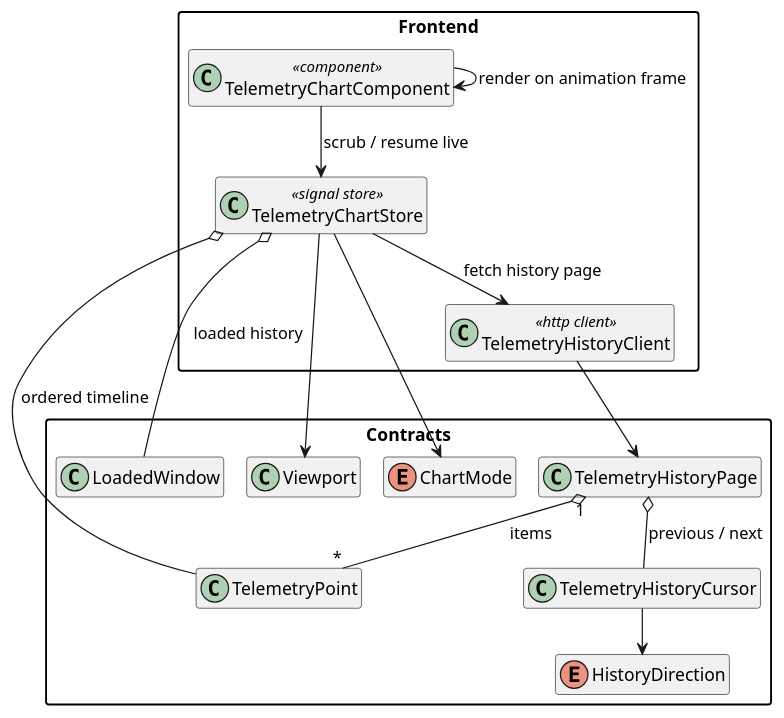
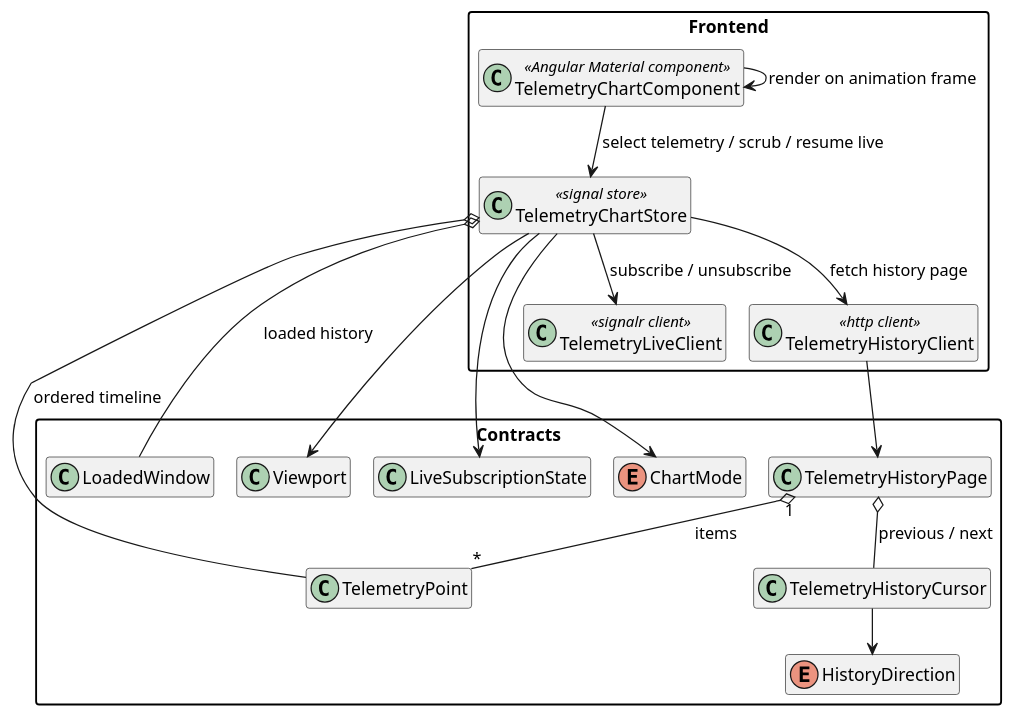
One commit to QuinntyneBrown/open-mct-real-time-and-historical-telemetry-visualization changed the diagram in docs/diagrams/historical-telemetry-retrieval-class.puml. Above: the diagram before and after it, drawn with PlantUML. The commit also changed 9 other files, not shown here.

```diff
--- a/docs/diagrams/historical-telemetry-retrieval-class.puml
+++ b/docs/diagrams/historical-telemetry-retrieval-class.puml
@@ -1,34 +1,38 @@
 @startuml
 !pragma layout smetana
 hide empty members
 skinparam classAttributeIconSize 0
 skinparam packageStyle rectangle
 
 package "Frontend" {
-  class TelemetryChartComponent <<component>>
+  class TelemetryChartComponent <<Angular Material component>>
   class TelemetryChartStore <<signal store>>
+  class TelemetryLiveClient <<signalr client>>
   class TelemetryHistoryClient <<http client>>
 }
 
 package "Contracts" {
   class TelemetryPoint
   class TelemetryHistoryCursor
   class TelemetryHistoryPage
   class LoadedWindow
   class Viewport
+  class LiveSubscriptionState
   enum ChartMode
   enum HistoryDirection
 }
 
-TelemetryChartComponent --> TelemetryChartStore : scrub / resume live
+TelemetryChartComponent --> TelemetryChartStore : select telemetry / scrub / resume live
 TelemetryChartComponent --> TelemetryChartComponent : render on animation frame
+TelemetryChartStore --> TelemetryLiveClient : subscribe / unsubscribe
 TelemetryChartStore --> TelemetryHistoryClient : fetch history page
 TelemetryChartStore o-- TelemetryPoint : ordered timeline
 TelemetryChartStore o-- LoadedWindow : loaded history
+TelemetryChartStore --> LiveSubscriptionState
 TelemetryChartStore --> Viewport
 TelemetryChartStore --> ChartMode
 TelemetryHistoryClient --> TelemetryHistoryPage
 TelemetryHistoryPage o-- TelemetryHistoryCursor : previous / next
 TelemetryHistoryPage "1" o-- "*" TelemetryPoint : items
 TelemetryHistoryCursor --> HistoryDirection
 @enduml
```
